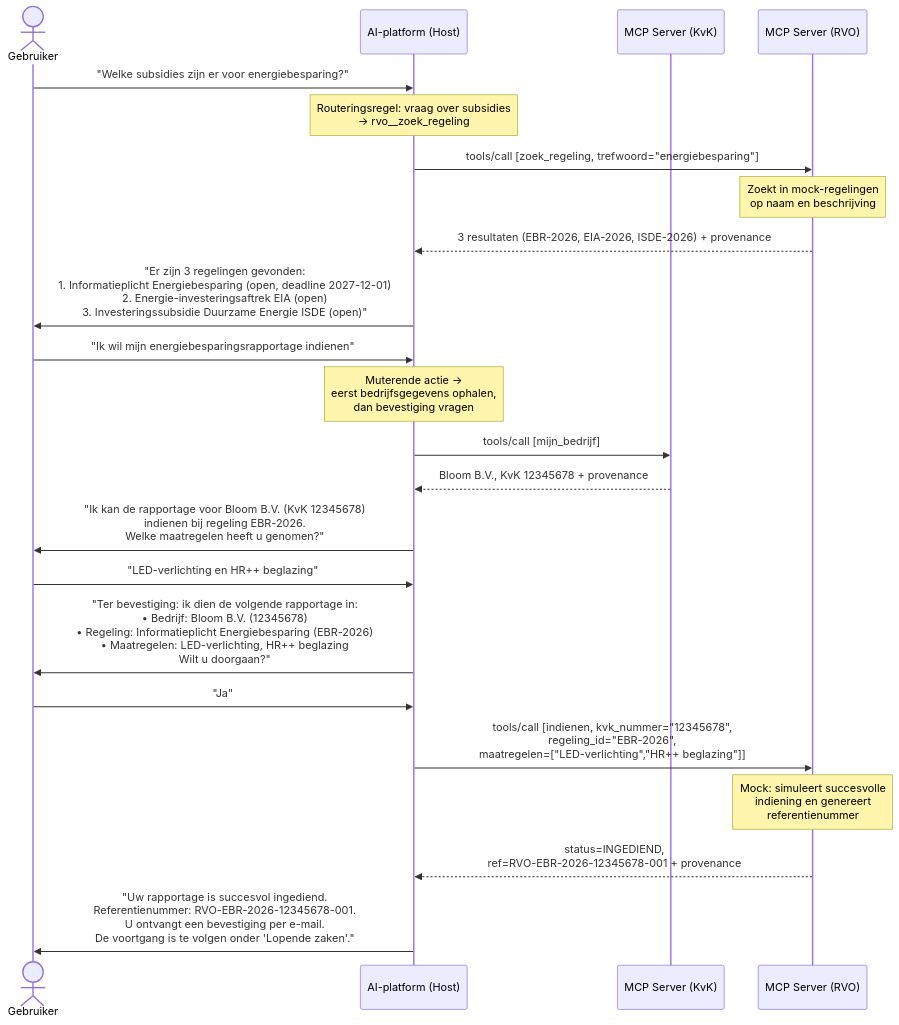
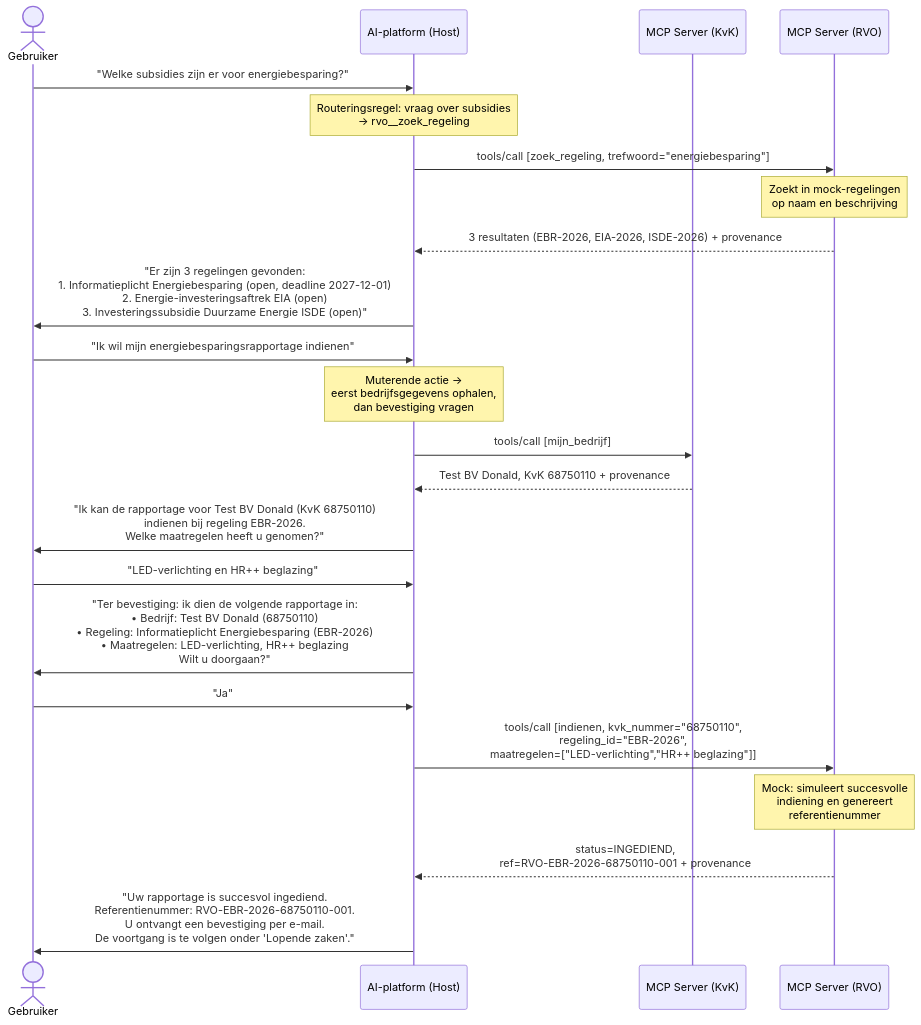
One commit to MinBZK/poc-moza changed the fifth of 6 diagrams in mcp/README.md. Above: the diagram before and after it, drawn with Mermaid. The commit also changed other lines of this file and 6 other files, not shown here.

Commit message:
feat: use KVK-api: Bloom B.V. → Test BV Donald

````diff
--- a/mcp/README.md
+++ b/mcp/README.md
@@ -173,29 +173,29 @@
 ```mermaid
 sequenceDiagram
     actor Gebruiker
     participant Host as AI-platform (Host)
     participant KvK as MCP Server (KvK)
     participant RVO as MCP Server (RVO)
 
     Gebruiker->>Host: "Welke subsidies zijn er voor energiebesparing?"
     Note over Host: Routeringsregel: vraag over subsidies<br/>→ rvo__zoek_regeling
     Host->>RVO: tools/call [zoek_regeling, trefwoord="energiebesparing"]
     Note over RVO: Zoekt in mock-regelingen<br/>op naam en beschrijving
     RVO-->>Host: 3 resultaten (EBR-2026, EIA-2026, ISDE-2026) + provenance
     Host->>Gebruiker: "Er zijn 3 regelingen gevonden:<br/>1. Informatieplicht Energiebesparing (open, deadline 2027-12-01)<br/>2. Energie-investeringsaftrek EIA (open)<br/>3. Investeringssubsidie Duurzame Energie ISDE (open)"
 
     Gebruiker->>Host: "Ik wil mijn energiebesparingsrapportage indienen"
     Note over Host: Muterende actie →<br/>eerst bedrijfsgegevens ophalen,<br/>dan bevestiging vragen
     Host->>KvK: tools/call [mijn_bedrijf]
-    KvK-->>Host: Bloom B.V., KvK 12345678 + provenance
-    Host->>Gebruiker: "Ik kan de rapportage voor Bloom B.V. (KvK 12345678)<br/>indienen bij regeling EBR-2026.<br/>Welke maatregelen heeft u genomen?"
+    KvK-->>Host: Test BV Donald, KvK 68750110 + provenance
+    Host->>Gebruiker: "Ik kan de rapportage voor Test BV Donald (KvK 68750110)<br/>indienen bij regeling EBR-2026.<br/>Welke maatregelen heeft u genomen?"
 
     Gebruiker->>Host: "LED-verlichting en HR++ beglazing"
-    Host->>Gebruiker: "Ter bevestiging: ik dien de volgende rapportage in:<br/>• Bedrijf: Bloom B.V. (12345678)<br/>• Regeling: Informatieplicht Energiebesparing (EBR-2026)<br/>• Maatregelen: LED-verlichting, HR++ beglazing<br/>Wilt u doorgaan?"
+    Host->>Gebruiker: "Ter bevestiging: ik dien de volgende rapportage in:<br/>• Bedrijf: Test BV Donald (68750110)<br/>• Regeling: Informatieplicht Energiebesparing (EBR-2026)<br/>• Maatregelen: LED-verlichting, HR++ beglazing<br/>Wilt u doorgaan?"
 
     Gebruiker->>Host: "Ja"
-    Host->>RVO: tools/call [indienen, kvk_nummer="12345678",<br/>regeling_id="EBR-2026",<br/>maatregelen=["LED-verlichting","HR++ beglazing"]]
+    Host->>RVO: tools/call [indienen, kvk_nummer="68750110",<br/>regeling_id="EBR-2026",<br/>maatregelen=["LED-verlichting","HR++ beglazing"]]
     Note over RVO: Mock: simuleert succesvolle<br/>indiening en genereert<br/>referentienummer
-    RVO-->>Host: status=INGEDIEND,<br/>ref=RVO-EBR-2026-12345678-001 + provenance
-    Host->>Gebruiker: "Uw rapportage is succesvol ingediend.<br/>Referentienummer: RVO-EBR-2026-12345678-001.<br/>U ontvangt een bevestiging per e-mail.<br/>De voortgang is te volgen onder 'Lopende zaken'."
+    RVO-->>Host: status=INGEDIEND,<br/>ref=RVO-EBR-2026-68750110-001 + provenance
+    Host->>Gebruiker: "Uw rapportage is succesvol ingediend.<br/>Referentienummer: RVO-EBR-2026-68750110-001.<br/>U ontvangt een bevestiging per e-mail.<br/>De voortgang is te volgen onder 'Lopende zaken'."
 ```
````
